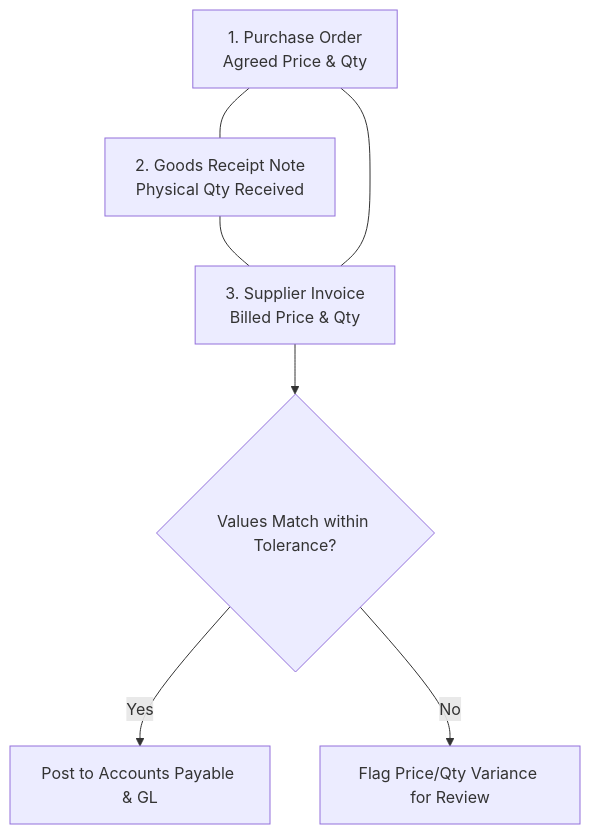
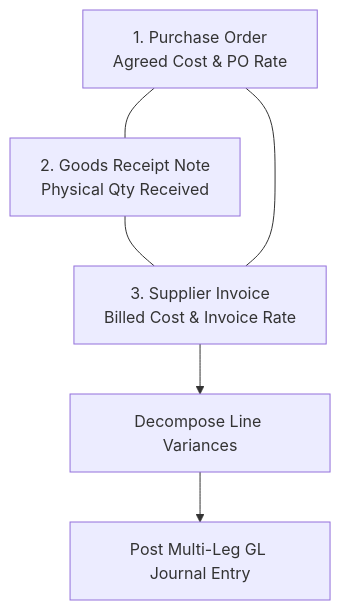
Before and after one commit to herobmdotcom/herobm: the diagram in docs/user/supplier_invoices.md, drawn with Mermaid. The commit also changed other lines of this file and 168 other files, not shown here.

````diff
--- a/docs/user/supplier_invoices.md
+++ b/docs/user/supplier_invoices.md
@@ -49,9 +53,8 @@
 ```mermaid
 flowchart TD
-    PO[1. Purchase Order<br/>Agreed Price & Qty] --- GRN[2. Goods Receipt Note<br/>Physical Qty Received]
-    GRN --- INV[3. Supplier Invoice<br/>Billed Price & Qty]
+    PO[1. Purchase Order<br/>Agreed Cost & PO Rate] --- GRN[2. Goods Receipt Note<br/>Physical Qty Received]
+    GRN --- INV[3. Supplier Invoice<br/>Billed Cost & Invoice Rate]
     PO --- INV
-    INV --> Match{Values Match within Tolerance?}
-    Match -- Yes --> Post[Post to Accounts Payable & GL]
-    Match -- No --> Hold[Flag Price/Qty Variance for Review]
+    INV --> Calc[Decompose Line Variances]
+    Calc --> Post[Post Multi-Leg GL Journal Entry]
 ```
````
